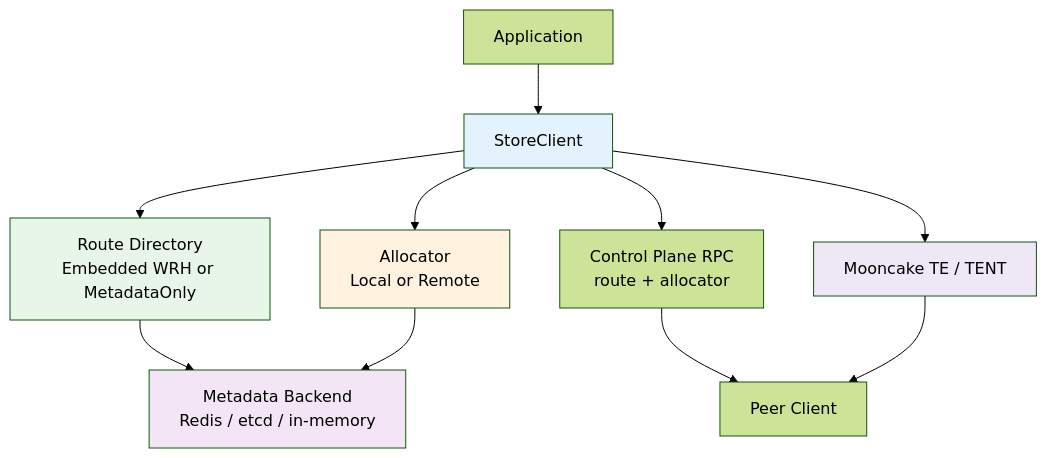
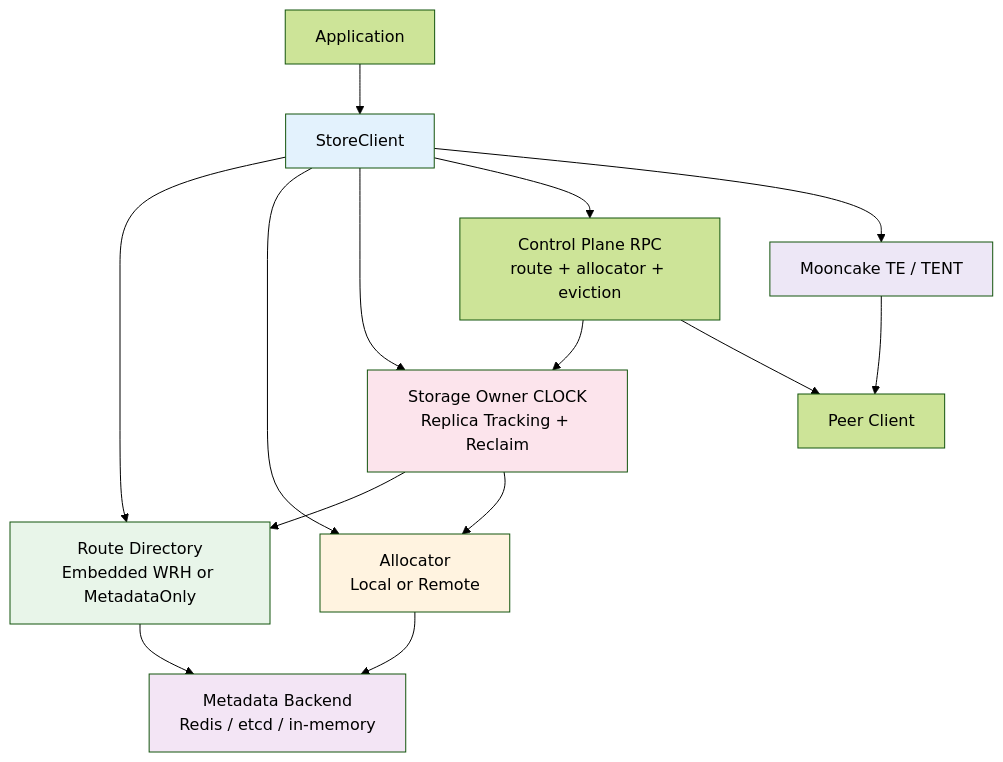
One commit to kvcache-ai/Mooncake changed the diagram in mooncake-store/store-rs/README.md. Above: the diagram before and after it, drawn with Mermaid (forest theme). The commit also changed other lines of this file and 5 other files, not shown here.

Commit message:
[Docs] document storage-owner eviction flow

````diff
--- a/mooncake-store/store-rs/README.md
+++ b/mooncake-store/store-rs/README.md
@@ -117,18 +121,23 @@
 ```mermaid
 graph TB
     App["Application"] --> Client["StoreClient"]
     Client --> Route["Route Directory\nEmbedded WRH or MetadataOnly"]
     Client --> Alloc["Allocator\nLocal or Remote"]
-    Client --> CP["Control Plane RPC\nroute + allocator"]
+    Client --> Evict["Storage Owner CLOCK\nReplica Tracking + Reclaim"]
+    Client --> CP["Control Plane RPC\nroute + allocator + eviction"]
     Client --> TE["Mooncake TE / TENT"]
     Route --> Meta["Metadata Backend\nRedis / etcd / in-memory"]
     Alloc --> Meta
+    Evict --> Route
+    Evict --> Alloc
+    CP --> Evict
     CP --> Peer["Peer Client"]
     TE --> Peer
 
     style Client fill:#e3f2fd
     style Route fill:#e8f5e9
     style Alloc fill:#fff3e0
+    style Evict fill:#fce4ec
     style Meta fill:#f3e5f5
     style TE fill:#ede7f6
 ```
````
